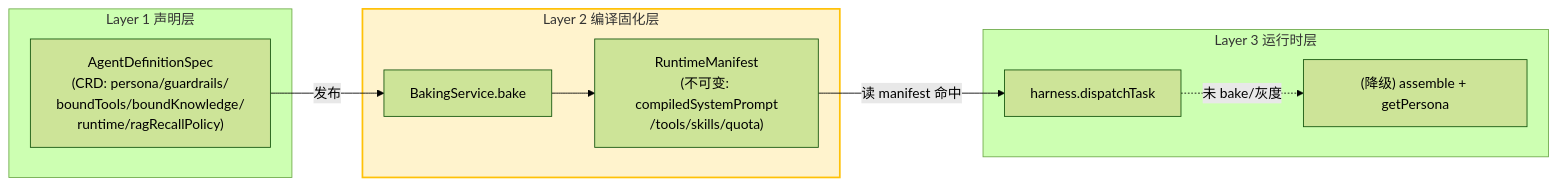
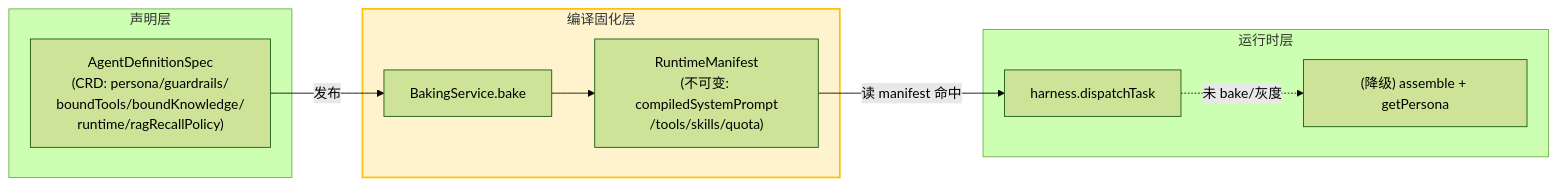
One commit to zqshi/Human-machine-runtime changed the second of 3 diagrams in README.md. Above: the diagram before and after it, drawn with Mermaid (forest theme). The commit also changed other lines of this file and 1 other file, not shown here.

````diff
--- a/README.md
+++ b/README.md
@@ -169,18 +143,18 @@
 ```mermaid
 graph LR
-  subgraph L1["Layer 1 声明层"]
+  subgraph L1["声明层"]
     Spec["AgentDefinitionSpec<br/>(CRD: persona/guardrails/<br/>boundTools/boundKnowledge/<br/>runtime/ragRecallPolicy)"]
   end
-  subgraph L2["Layer 2 编译固化层"]
+  subgraph L2["编译固化层"]
     Bake["BakingService.bake"]
     Manifest["RuntimeManifest<br/>(不可变: compiledSystemPrompt<br/>/tools/skills/quota)"]
   end
-  subgraph L3["Layer 3 运行时层"]
+  subgraph L3["运行时层"]
     Harness["harness.dispatchTask"]
     Asm["(降级) assemble + getPersona"]
   end
   Spec -->|发布| Bake --> Manifest
   Manifest -->|读 manifest 命中| Harness
   Harness -.未 bake/灰度.-> Asm
   style L2 fill:#fff3cd,stroke:#ffc107,stroke-width:2px
 ```
````
